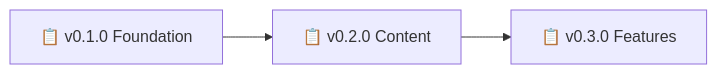
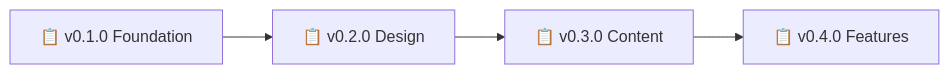
Before and after one commit to nonlinear-studio/nonlinear-studio.github.io: the diagram in backstage/ROADMAP.md, drawn with Mermaid. The commit also changed other lines of this file, not shown here.

Commit message:
Merge ROADMAP copy → ROADMAP (renumber epics: Foundation=0.1.0, Design=0.2.0, Content=0.3.0, Features=0.4.0)

````diff
--- a/backstage/ROADMAP.md
+++ b/backstage/ROADMAP.md
@@ -14,8 +14,10 @@
 ```mermaid
 graph LR
     A[📋 v0.1.0 Foundation]
-    B[📋 v0.2.0 Content]
-    C[📋 v0.3.0 Features]
+    B[📋 v0.2.0 Design]
+    C[📋 v0.3.0 Content]
+    D[📋 v0.4.0 Features]
     A --> B
     B --> C
+    C --> D
 ```
````
